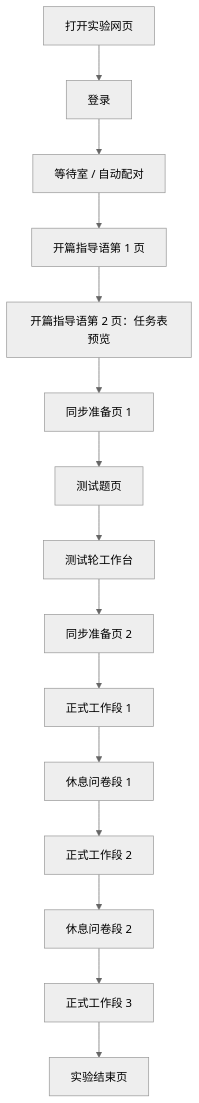
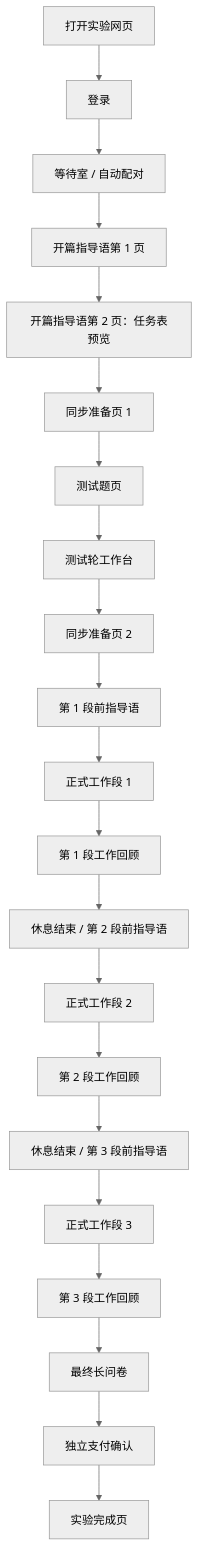
The first of 4 diagrams in 02_specs/00_overview/APP_FLOW.md (yezhouyedu/multicooperation), drawn with Mermaid (neutral theme) before and after one commit. The commit also changed other lines of this file and 23 other files, not shown here.

````diff
--- a/02_specs/00_overview/APP_FLOW.md
+++ b/02_specs/00_overview/APP_FLOW.md
@@ -14,17 +14,23 @@
 ```mermaid
 flowchart TD
     Start["打开实验网页"] --> Login["登录"]
     Login --> Waiting["等待室 / 自动配对"]
     Waiting --> Instruction["开篇指导语第 1 页"]
     Instruction --> TaskPreview["开篇指导语第 2 页：任务表预览"]
     TaskPreview --> ReadyPractice["同步准备页 1"]
     ReadyPractice --> PracticeQuiz["测试题页"]
     PracticeQuiz --> Practice["测试轮工作台"]
     Practice --> ReadyFormal["同步准备页 2"]
-    ReadyFormal --> Work1["正式工作段 1"]
-    Work1 --> Break1["休息问卷段 1"]
-    Break1 --> Work2["正式工作段 2"]
-    Work2 --> Break2["休息问卷段 2"]
-    Break2 --> Work3["正式工作段 3"]
-    Work3 --> End["实验结束页"]
+    ReadyFormal --> Instruction1["第 1 段前指导语"]
+    Instruction1 --> Work1["正式工作段 1"]
+    Work1 --> Survey1["第 1 段工作回顾"]
+    Survey1 --> Instruction2["休息结束 / 第 2 段前指导语"]
+    Instruction2 --> Work2["正式工作段 2"]
+    Work2 --> Survey2["第 2 段工作回顾"]
+    Survey2 --> Instruction3["休息结束 / 第 3 段前指导语"]
+    Instruction3 --> Work3["正式工作段 3"]
+    Work3 --> Survey3["第 3 段工作回顾"]
+    Survey3 --> PostSurvey["最终长问卷"]
+    PostSurvey --> Payment["独立支付确认"]
+    Payment --> End["实验完成页"]
 ```
````
